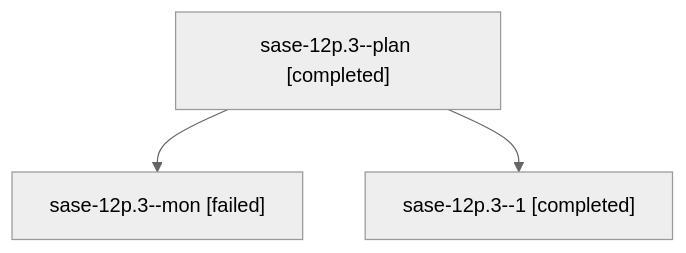
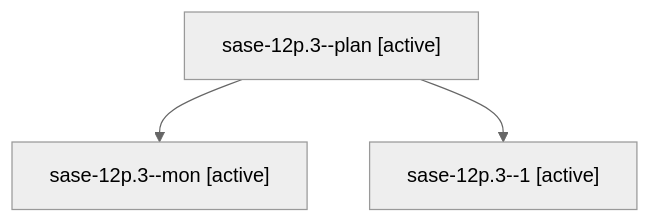
Before and after one commit to sase-org/sase--agents: the diagram in families/bbugyi200.athena.sase-12p.3.md, drawn with Mermaid (neutral theme). The commit also changed other lines of this file and 35830 other files, not shown here.

````diff
--- a/families/bbugyi200.athena.sase-12p.3.md
+++ b/families/bbugyi200.athena.sase-12p.3.md
@@ -9,8 +9,8 @@
 ```mermaid
 flowchart TD
-  n0["sase-12p.3--plan [completed]"]
-  n1["sase-12p.3--mon [failed]"]
+  n0["sase-12p.3--plan [active]"]
+  n1["sase-12p.3--mon [active]"]
   n0 --> n1
-  n2["sase-12p.3--1 [completed]"]
+  n2["sase-12p.3--1 [active]"]
   n0 --> n2
 ```
````
